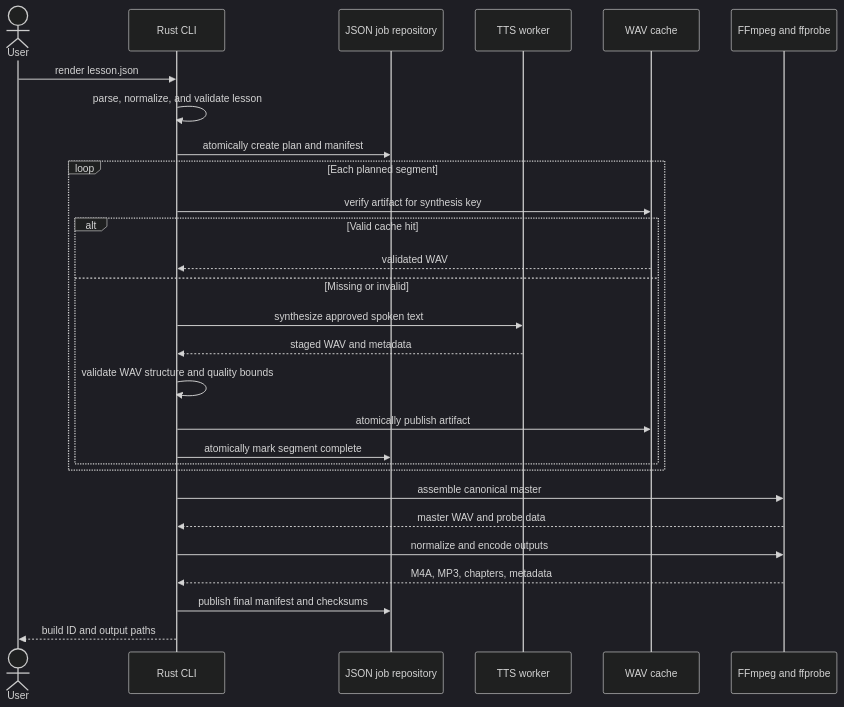
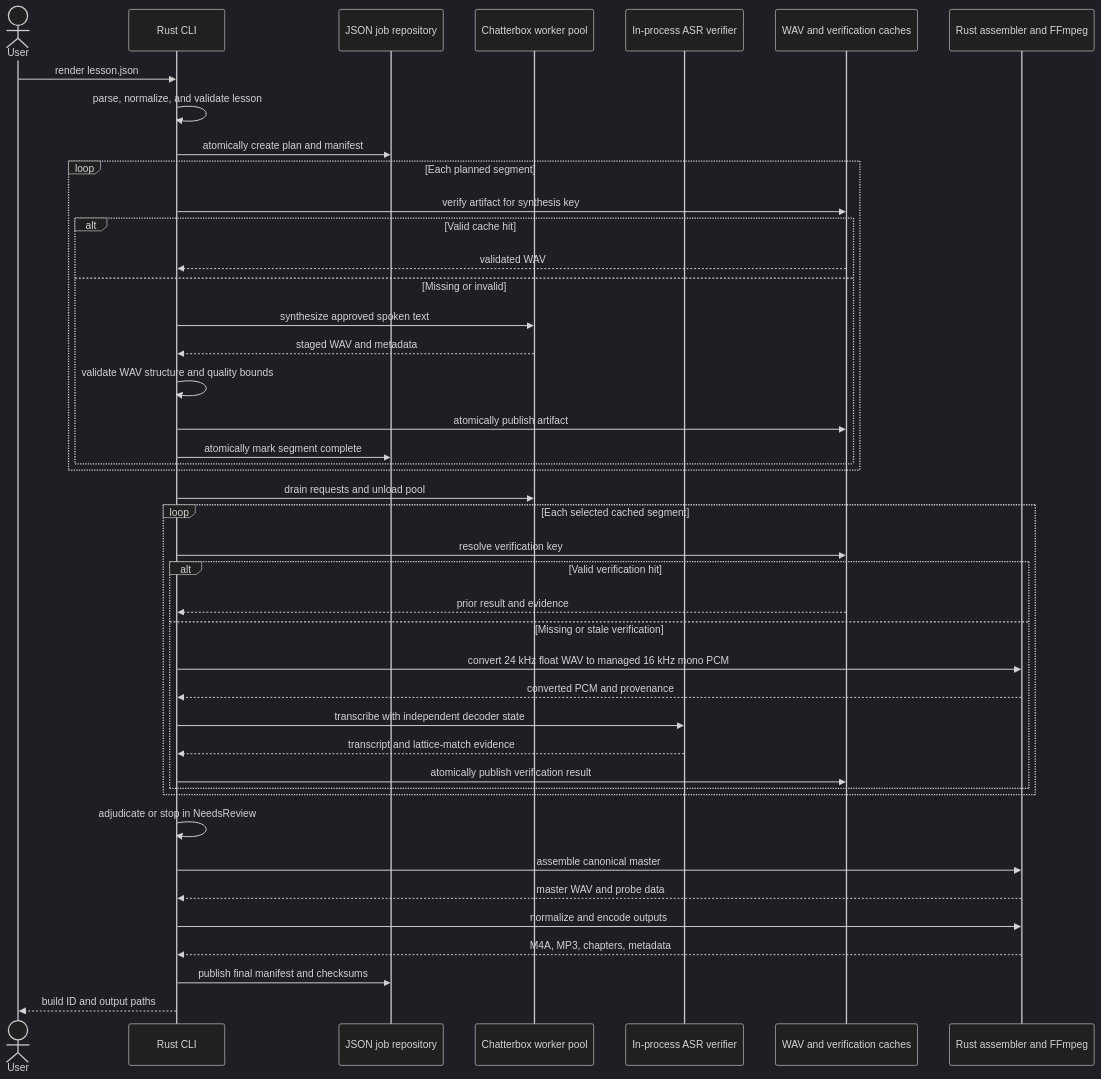
One commit to rsstdd/technical-tts changed the third of 5 diagrams in ADR-0001-production-rust-study-guide-tts.md. Above: the diagram before and after it, drawn with Mermaid (dark theme). The commit also changed other lines of this file and 1 other file, not shown here.

````diff
--- a/ADR-0001-production-rust-study-guide-tts.md
+++ b/ADR-0001-production-rust-study-guide-tts.md
@@ -283,31 +325,46 @@
 ```mermaid
 sequenceDiagram
     actor User
     participant CLI as Rust CLI
     participant Job as JSON job repository
-    participant Worker as TTS worker
-    participant Cache as WAV cache
-    participant Audio as FFmpeg and ffprobe
+    participant Worker as Chatterbox worker pool
+    participant Verify as In-process ASR verifier
+    participant Cache as WAV and verification caches
+    participant Audio as Rust assembler and FFmpeg
 
     User->>CLI: render lesson.json
     CLI->>CLI: parse, normalize, and validate lesson
     CLI->>Job: atomically create plan and manifest
     loop Each planned segment
         CLI->>Cache: verify artifact for synthesis key
         alt Valid cache hit
             Cache-->>CLI: validated WAV
         else Missing or invalid
             CLI->>Worker: synthesize approved spoken text
             Worker-->>CLI: staged WAV and metadata
             CLI->>CLI: validate WAV structure and quality bounds
             CLI->>Cache: atomically publish artifact
             CLI->>Job: atomically mark segment complete
         end
     end
+    CLI->>Worker: drain requests and unload pool
+    loop Each selected cached segment
+        CLI->>Cache: resolve verification key
+        alt Valid verification hit
+            Cache-->>CLI: prior result and evidence
+        else Missing or stale verification
+            CLI->>Audio: convert 24 kHz float WAV to managed 16 kHz mono PCM
+            Audio-->>CLI: converted PCM and provenance
+            CLI->>Verify: transcribe with independent decoder state
+            Verify-->>CLI: transcript and lattice-match evidence
+            CLI->>Cache: atomically publish verification result
+        end
+    end
+    CLI->>CLI: adjudicate or stop in NeedsReview
     CLI->>Audio: assemble canonical master
     Audio-->>CLI: master WAV and probe data
     CLI->>Audio: normalize and encode outputs
     Audio-->>CLI: M4A, MP3, chapters, metadata
     CLI->>Job: publish final manifest and checksums
     CLI-->>User: build ID and output paths
 ```
````
